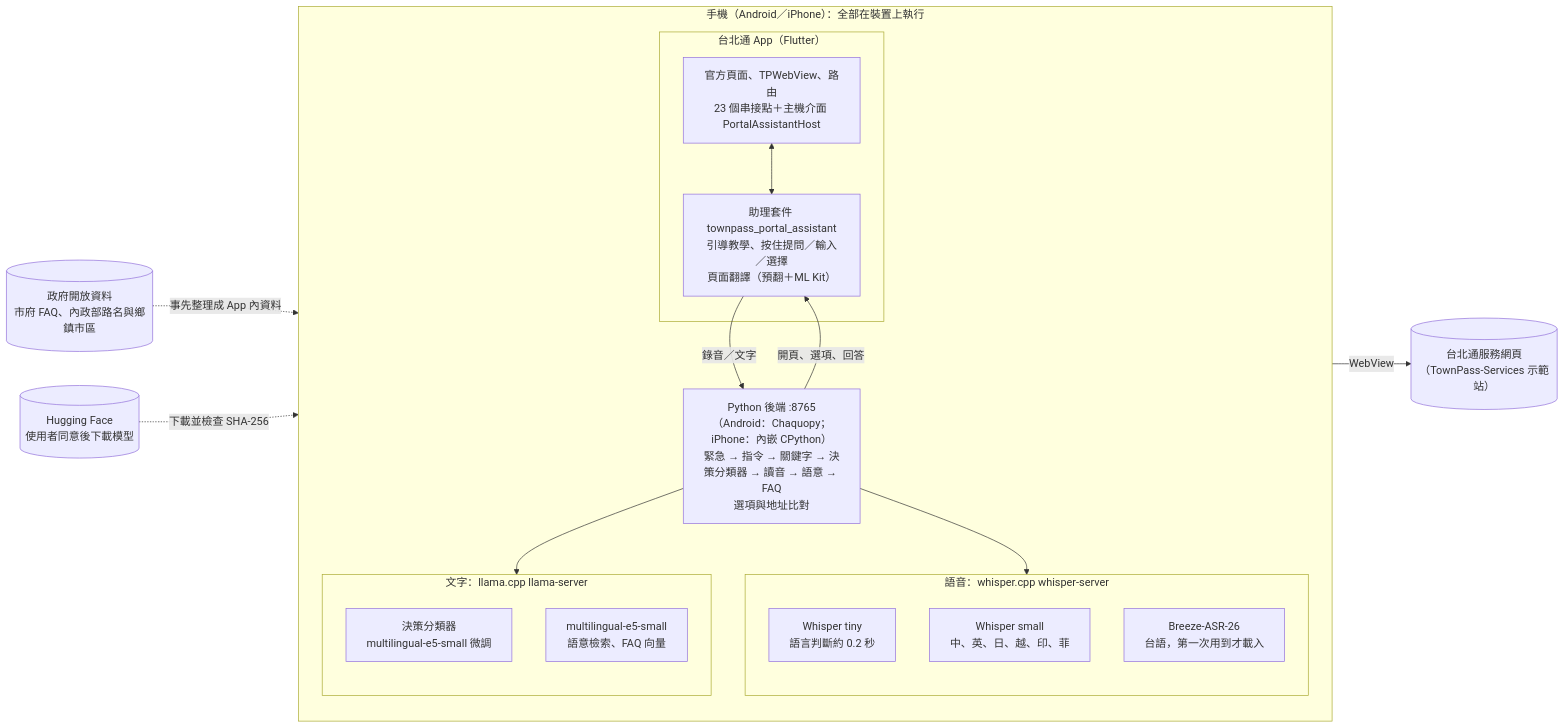
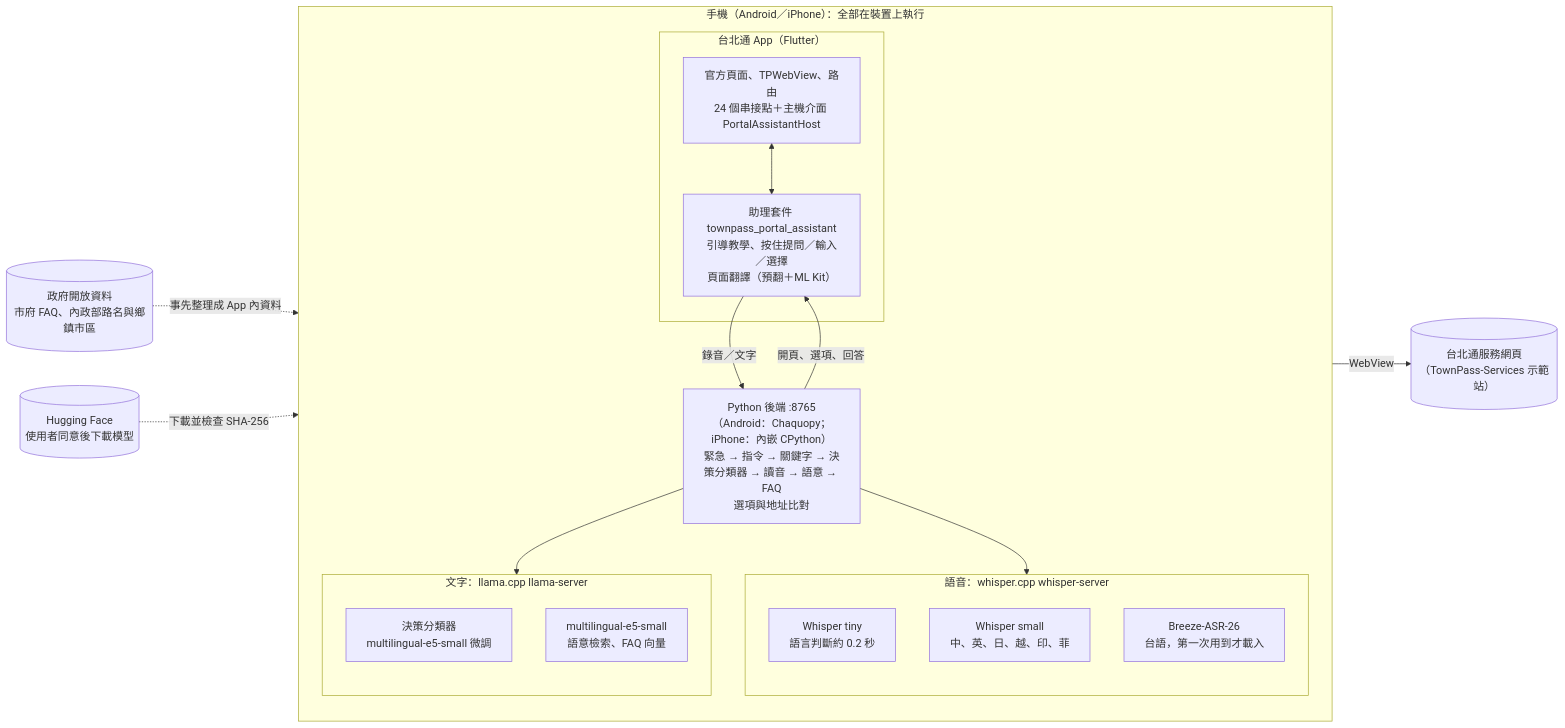
One commit to goodmorning1226/TownPass changed the diagram in README.md. Above: the diagram before and after it, drawn with Mermaid. The commit also changed other lines of this file and 15 other files, not shown here.

````diff
--- a/README.md
+++ b/README.md
@@ -93,34 +93,34 @@
 ```mermaid
 flowchart LR
     subgraph phone["手機（Android／iPhone）：全部在裝置上執行"]
         direction TB
         subgraph host["台北通 App（Flutter）"]
-            tp["官方頁面、TPWebView、路由<br/>23 個串接點＋主機介面 PortalAssistantHost"]
+            tp["官方頁面、TPWebView、路由<br/>24 個串接點＋主機介面 PortalAssistantHost"]
             pkg["助理套件 townpass_portal_assistant<br/>引導教學、按住提問／輸入／選擇<br/>頁面翻譯（預翻＋ML Kit）"]
         end
         backend["Python 後端 :8765<br/>（Android：Chaquopy；iPhone：內嵌 CPython）<br/>緊急 → 指令 → 關鍵字 → 決策分類器 → 讀音 → 語意 → FAQ<br/>選項與地址比對"]
         subgraph speech["語音：whisper.cpp whisper-server"]
             direction TB
             tiny["Whisper tiny<br/>語言判斷約 0.2 秒"]
             small["Whisper small<br/>中、英、日、越、印、菲"]
             breeze["Breeze-ASR-26<br/>台語，第一次用到才載入"]
         end
         subgraph text["文字：llama.cpp llama-server"]
             direction TB
             cls["決策分類器<br/>multilingual-e5-small 微調"]
             e5["multilingual-e5-small<br/>語意檢索、FAQ 向量"]
         end
     end
     web[("台北通服務網頁<br/>（TownPass-Services 示範站）")]
     data[("政府開放資料<br/>市府 FAQ、內政部路名與鄉鎮市區")]
     hf[("Hugging Face<br/>使用者同意後下載模型")]
 
     tp <--> pkg
     pkg -->|錄音／文字| backend
     backend -->|開頁、選項、回答| pkg
     backend --> speech
     backend --> text
     tp -->|WebView| web
     data -.->|事先整理成 App 內資料| backend
     hf -.->|下載並檢查 SHA-256| phone
 ```
````
